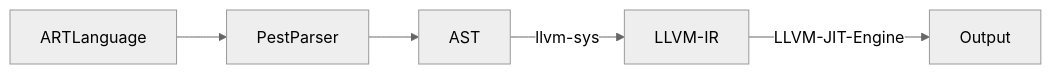
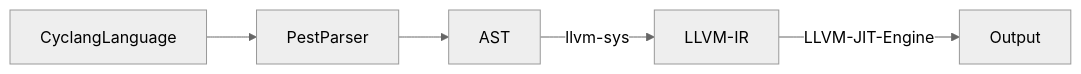
One commit to lyledean1/cyclang changed the diagram in book/src/overview.md. Above: the diagram before and after it, drawn with Mermaid (neutral theme). The commit also changed other lines of this file and 80 other files, not shown here.

````diff
--- a/book/src/overview.md
+++ b/book/src/overview.md
@@ -11,7 +11,7 @@
 ```mermaid
 flowchart LR;
-    ARTLanguage-->PestParser;
+    CyclangLanguage-->PestParser;
     PestParser--> AST;
     AST-->|llvm-sys| LLVM-IR;
     LLVM-IR-->|LLVM-JIT-Engine| Output;
 ```
````
